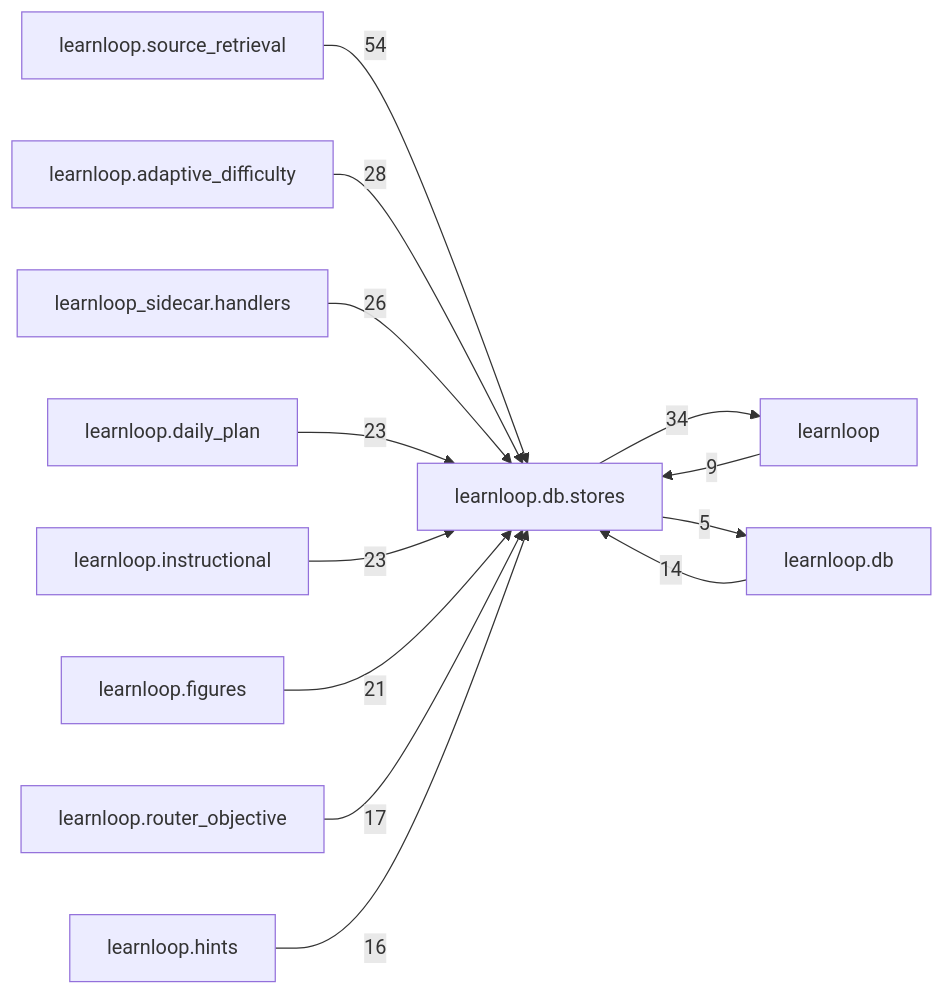
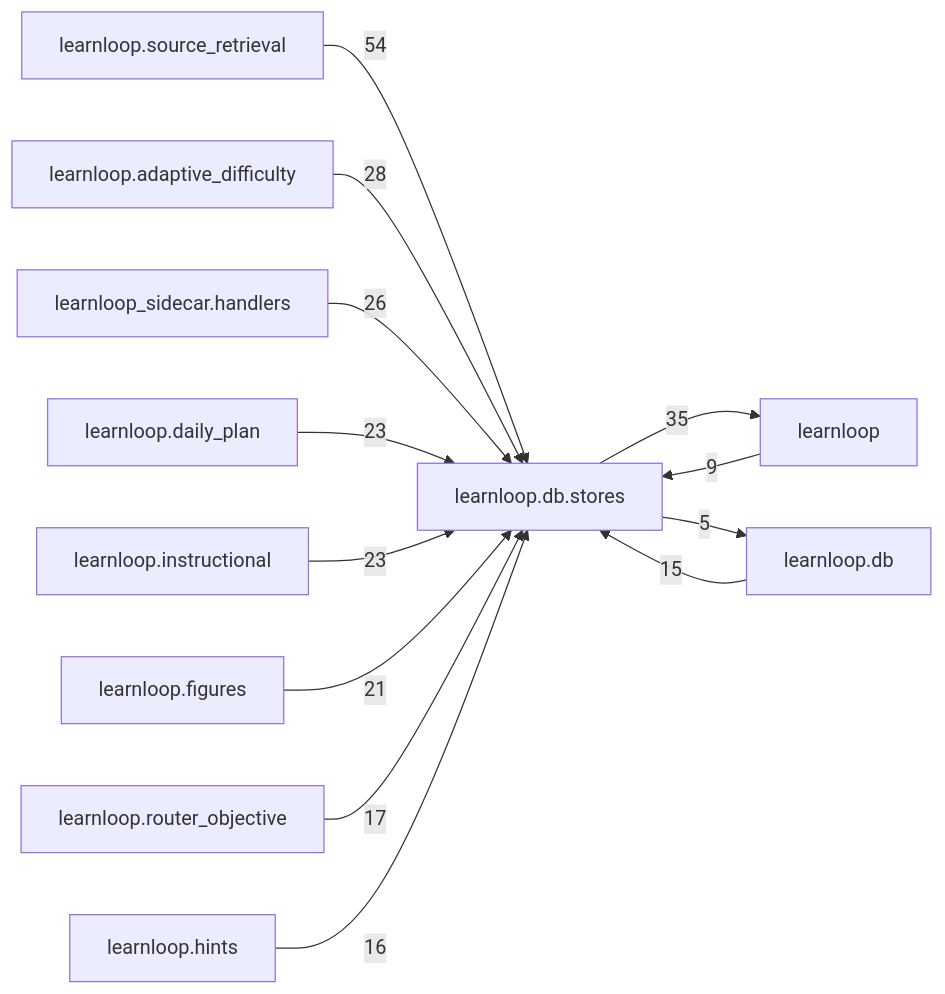
One commit to 6up-b/learnanything changed the diagram in docs/learnloop-architecture-vault/Reference/Modules/learnloop/db/stores/_package.md. Above: the diagram before and after it, drawn with Mermaid. The commit also changed other lines of this file and 42 other files, not shown here.

````diff
--- a/docs/learnloop-architecture-vault/Reference/Modules/learnloop/db/stores/_package.md
+++ b/docs/learnloop-architecture-vault/Reference/Modules/learnloop/db/stores/_package.md
@@ -220,26 +222,26 @@
 ```mermaid
 flowchart LR
     center["learnloop.db.stores"]
     n_learnloop_source_retrieval["learnloop.source_retrieval"]
     n_learnloop["learnloop"]
     n_learnloop_adaptive_difficulty["learnloop.adaptive_difficulty"]
     n_learnloop_sidecar_handlers["learnloop_sidecar.handlers"]
     n_learnloop_daily_plan["learnloop.daily_plan"]
     n_learnloop_instructional["learnloop.instructional"]
     n_learnloop_figures["learnloop.figures"]
     n_learnloop_db["learnloop.db"]
     n_learnloop_router_objective["learnloop.router_objective"]
     n_learnloop_hints["learnloop.hints"]
     n_learnloop_source_retrieval -->|54| center
     n_learnloop -->|9| center
-    center -->|34| n_learnloop
+    center -->|35| n_learnloop
     n_learnloop_adaptive_difficulty -->|28| center
     n_learnloop_sidecar_handlers -->|26| center
     n_learnloop_daily_plan -->|23| center
     n_learnloop_instructional -->|23| center
     n_learnloop_figures -->|21| center
-    n_learnloop_db -->|14| center
+    n_learnloop_db -->|15| center
     center -->|5| n_learnloop_db
     n_learnloop_router_objective -->|17| center
     n_learnloop_hints -->|16| center
 ```
````
